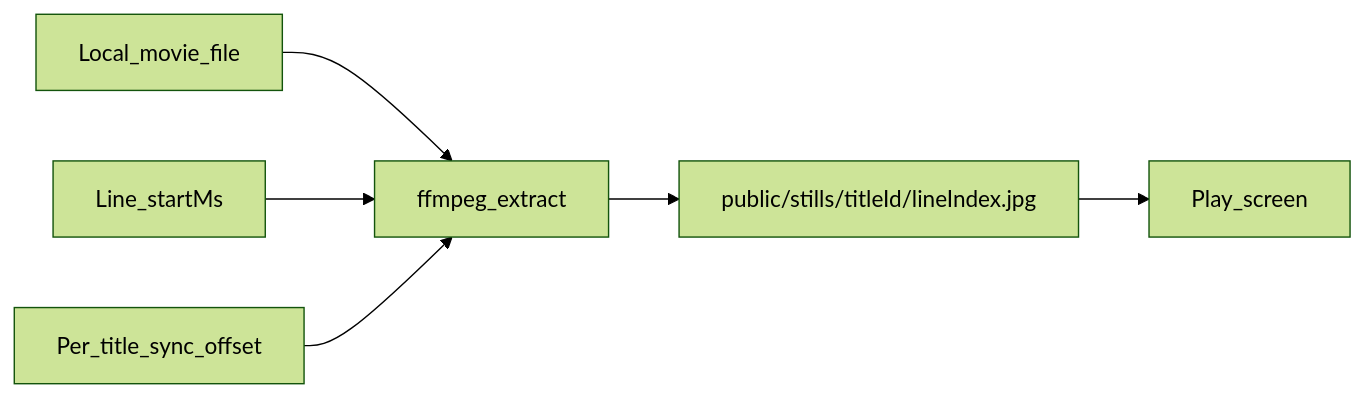
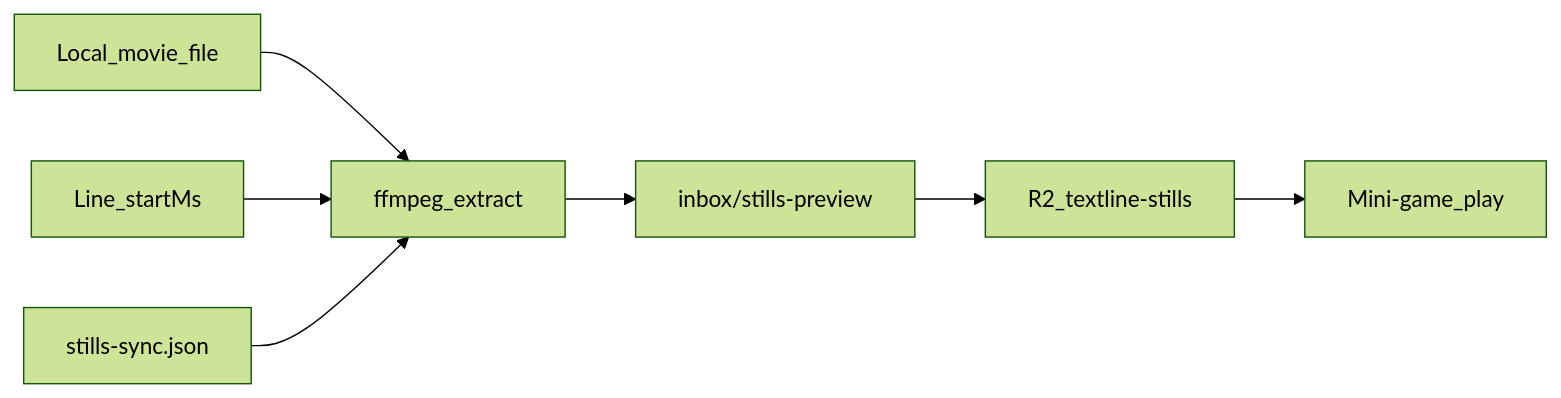
One commit to CLocs/textline-nextline changed the diagram in README.md. Above: the diagram before and after it, drawn with Mermaid (forest theme). The commit also changed other lines of this file and 67 other files, not shown here.

Commit message:
mini-game quote stills (R2), owner catalog, and eight more movies

````diff
--- a/README.md
+++ b/README.md
@@ -429,13 +313,14 @@
 ```mermaid
 flowchart LR
   movie[Local_movie_file]
   srt[Line_startMs]
-  offset[Per_title_sync_offset]
+  sync[stills-sync.json]
   ffmpeg[ffmpeg_extract]
-  still[public/stills/titleId/lineIndex.jpg]
-  play[Play_screen]
+  preview[inbox/stills-preview]
+  r2[R2_textline-stills]
+  play[Mini-game_play]
   movie --> ffmpeg
   srt --> ffmpeg
-  offset --> ffmpeg
-  ffmpeg --> still --> play
+  sync --> ffmpeg
+  ffmpeg --> preview --> r2 --> play
 ```
````
